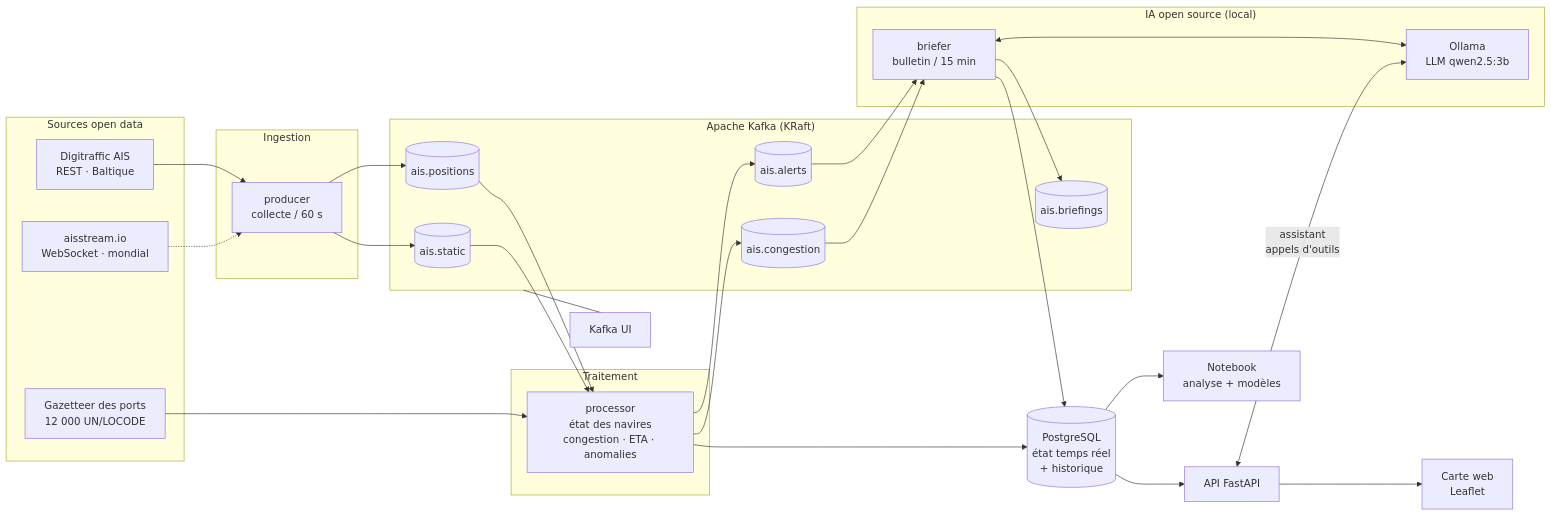
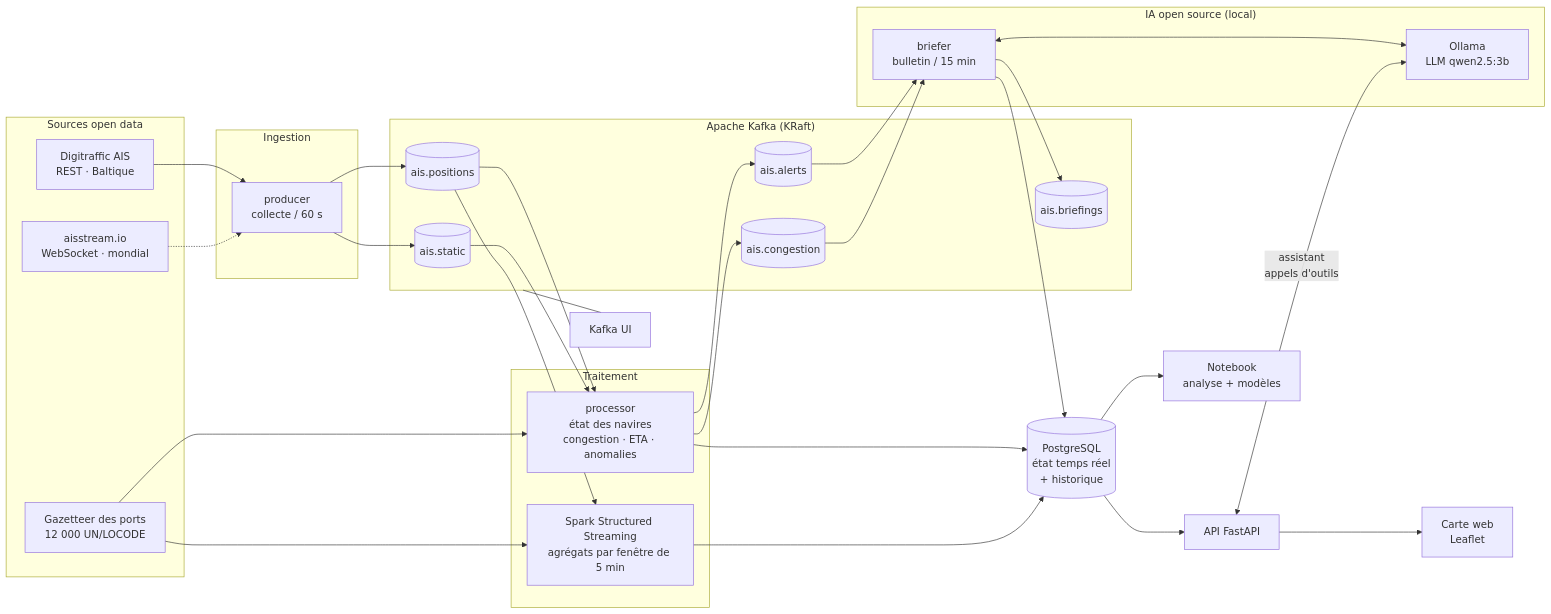
The first of 2 diagrams in README.md (theoUniv/vigie-trafic-maritime), drawn with Mermaid before and after one commit. The commit also changed other lines of this file and 10 other files, not shown here.

Commit message:
Ajout de Spark Structured Streaming : agrégats Kafka par fenêtres de 5 min

````diff
--- a/README.md
+++ b/README.md
@@ -34,51 +35,55 @@
 ```mermaid
 flowchart LR
     subgraph Sources["Sources open data"]
         DT["Digitraffic AIS<br/>REST · Baltique"]
         AS["aisstream.io<br/>WebSocket · mondial"]
         PT["Gazetteer des ports<br/>12 000 UN/LOCODE"]
     end
 
     subgraph Ingestion
         P["producer<br/>collecte / 60 s"]
     end
 
     subgraph Kafka["Apache Kafka (KRaft)"]
         T1[("ais.positions")]
         T2[("ais.static")]
         T3[("ais.alerts")]
         T4[("ais.congestion")]
         T5[("ais.briefings")]
     end
 
     subgraph Traitement
         PR["processor<br/>état des navires<br/>congestion · ETA · anomalies"]
+        SP["Spark Structured Streaming<br/>agrégats par fenêtre de 5 min"]
     end
 
     subgraph IA["IA open source (local)"]
         BR["briefer<br/>bulletin / 15 min"]
         OL["Ollama<br/>LLM qwen2.5:3b"]
     end
 
     DB[("PostgreSQL<br/>état temps réel<br/>+ historique")]
     API["API FastAPI"]
     WEB["Carte web<br/>Leaflet"]
     NB["Notebook<br/>analyse + modèles"]
     UI["Kafka UI"]
 
     DT --> P
     AS -.-> P
     P --> T1 & T2
     T1 & T2 --> PR
     PT --> PR
     PR --> T3 & T4
     PR --> DB
+    T1 --> SP
+    PT --> SP
+    SP --> DB
     DB --> API --> WEB
     DB --> NB
     T3 & T4 --> BR
     BR <--> OL
     BR --> T5
     BR --> DB
     API <-->|"assistant<br/>appels d'outils"| OL
     Kafka --- UI
 ```
````
